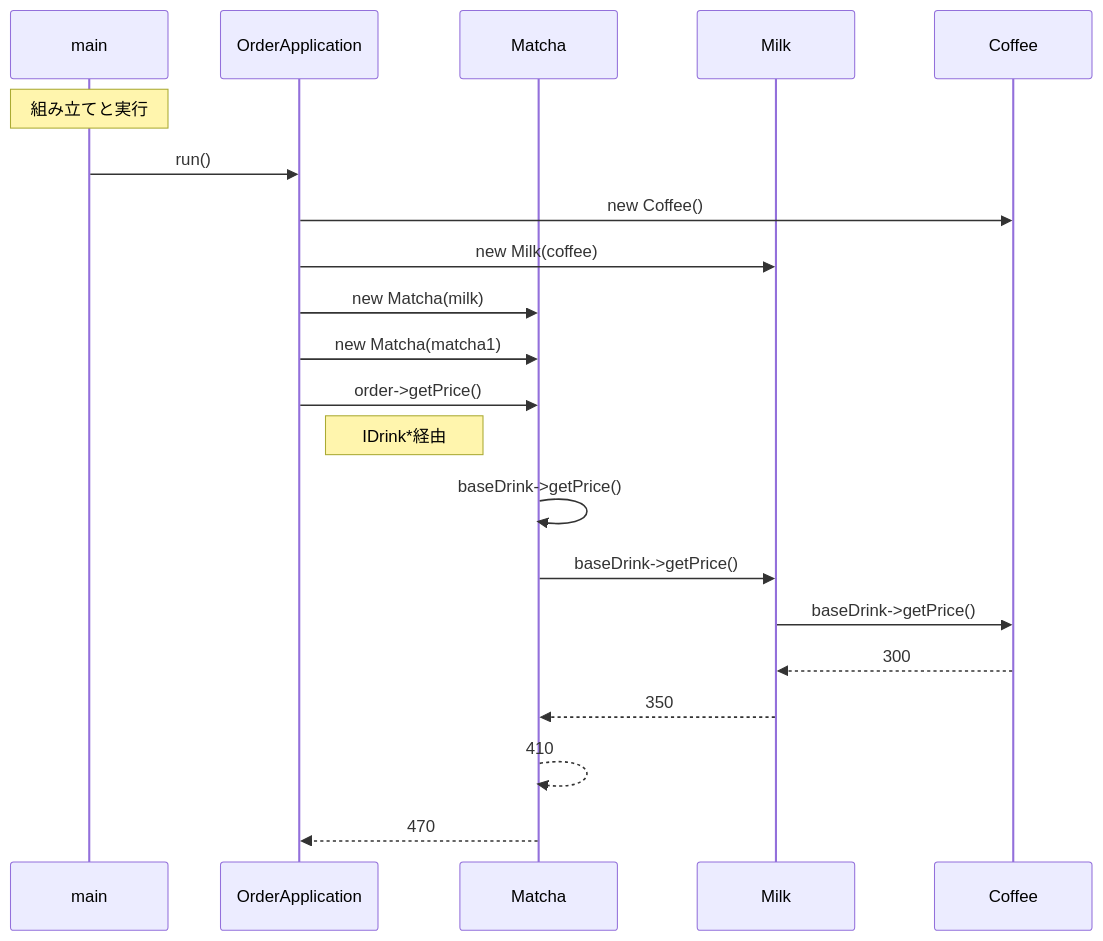
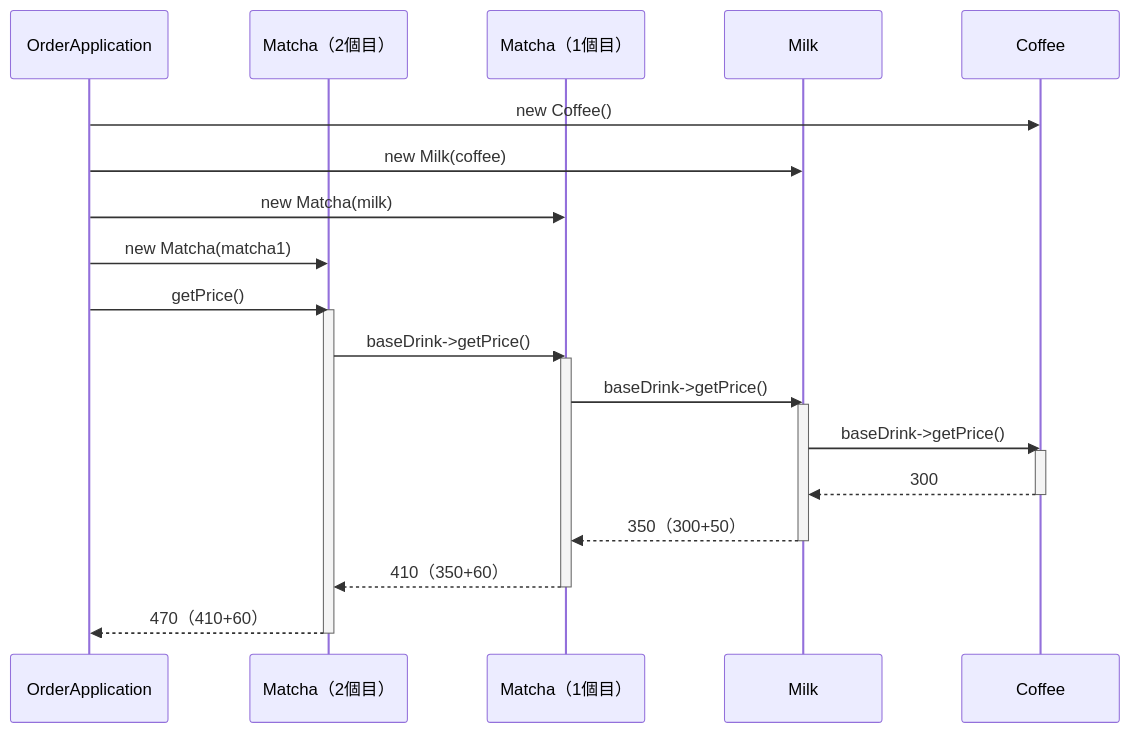
Before and after one commit to kumachan1101-pixel/DesignPattern: the third of 5 diagrams in kindle/design-patterns/output/chapter06.md, drawn with Mermaid. The commit also changed other lines of this file and 10 other files, not shown here.

````diff
--- a/kindle/design-patterns/output/chapter06.md
+++ b/kindle/design-patterns/output/chapter06.md
@@ -1315,23 +848,29 @@
 ```mermaid
 sequenceDiagram
-    participant main
     participant OA as OrderApplication
-    participant M as Matcha
+    participant M2 as Matcha（2個目）
+    participant M1 as Matcha（1個目）
     participant Mi as Milk
     participant C as Coffee
-    Note over main: 組み立てと実行
-    main->>OA: run()
+
     OA->>C: new Coffee()
     OA->>Mi: new Milk(coffee)
-    OA->>M: new Matcha(milk)
-    OA->>M: new Matcha(matcha1)
-    OA->>M: order->getPrice()
-    Note right of OA: IDrink*経由
-    M->>M: baseDrink->getPrice()
-    M->>Mi: baseDrink->getPrice()
+    OA->>M1: new Matcha(milk)
+    OA->>M2: new Matcha(matcha1)
+    OA->>M2: getPrice()
+    activate M2
+    M2->>M1: baseDrink->getPrice()
+    activate M1
+    M1->>Mi: baseDrink->getPrice()
+    activate Mi
     Mi->>C: baseDrink->getPrice()
+    activate C
     C-->>Mi: 300
-    Mi-->>M: 350
-    M-->>M: 410
-    M-->>OA: 470
+    deactivate C
+    Mi-->>M1: 350（300+50）
+    deactivate Mi
+    M1-->>M2: 410（350+60）
+    deactivate M1
+    M2-->>OA: 470（410+60）
+    deactivate M2
 ```
````
